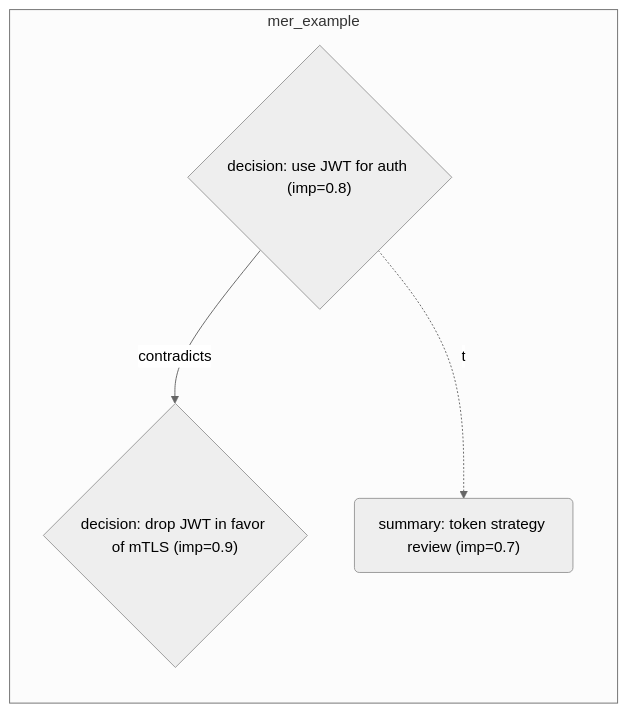
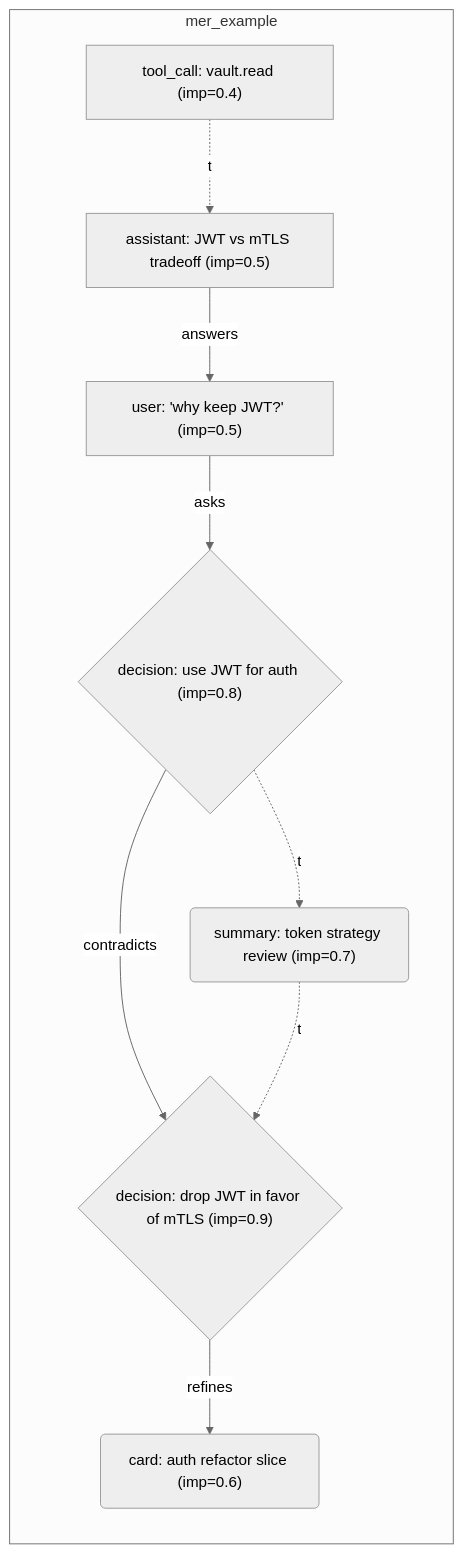
Before and after one commit to guilingzhouyi-creator/Praxis-Agent-OS: the second of 2 diagrams in docs/architecture/l3-memory.md, drawn with Mermaid (neutral theme). The commit also changed other lines of this file and 11 other files, not shown here.

First line of the commit message:
docs(governance): harden parallel-collaboration gates + sync architecture docs

````diff
--- a/docs/architecture/l3-memory.md
+++ b/docs/architecture/l3-memory.md
@@ -61,10 +75,19 @@
 ```mermaid
 flowchart LR
     subgraph mer_example
     e0{"decision: use JWT for auth (imp=0.8)"}
     e1("summary: token strategy review (imp=0.7)")
     e2{"decision: drop JWT in favor of mTLS (imp=0.9)"}
+    e3("card: auth refactor slice (imp=0.6)")
+    e4["user: 'why keep JWT?' (imp=0.5)"]
+    e5["assistant: JWT vs mTLS tradeoff (imp=0.5)"]
+    e6["tool_call: vault.read (imp=0.4)"]
     e0 -->|contradicts| e2
     e0 -.->|t| e1
+    e1 -.->|t| e2
+    e2 -->|refines| e3
+    e4 -->|asks| e0
+    e5 -->|answers| e4
+    e6 -.->|t| e5
     end
 ```
````
